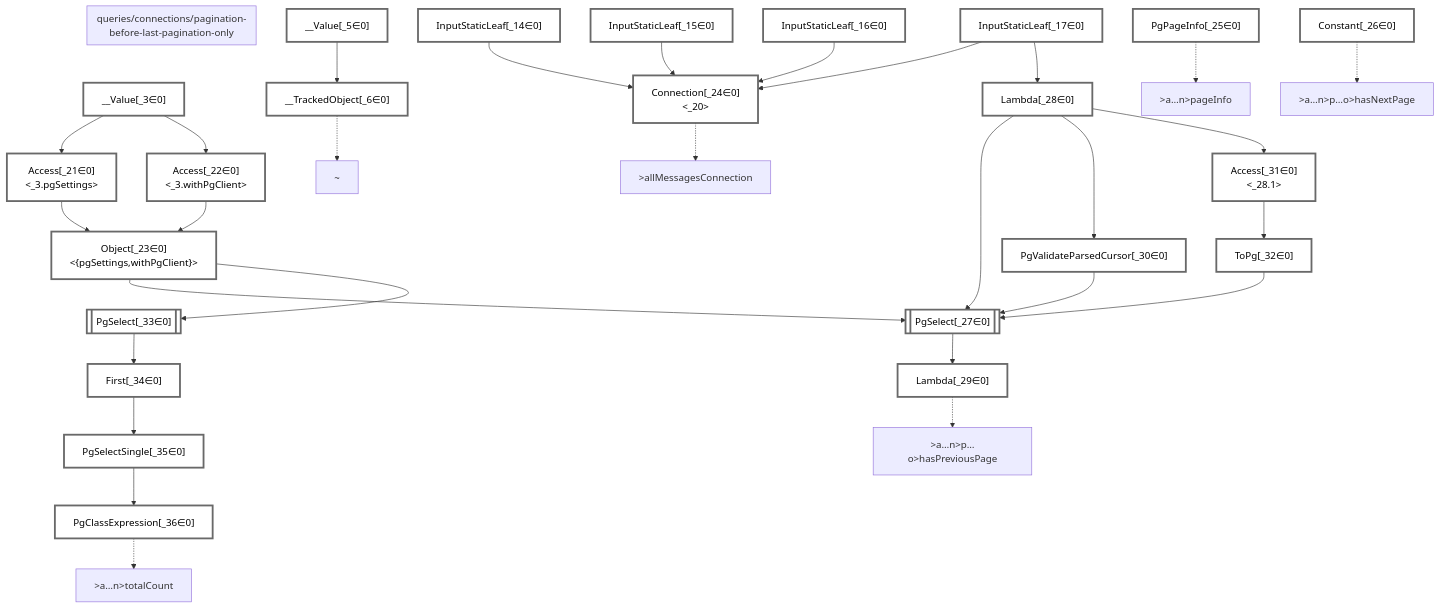
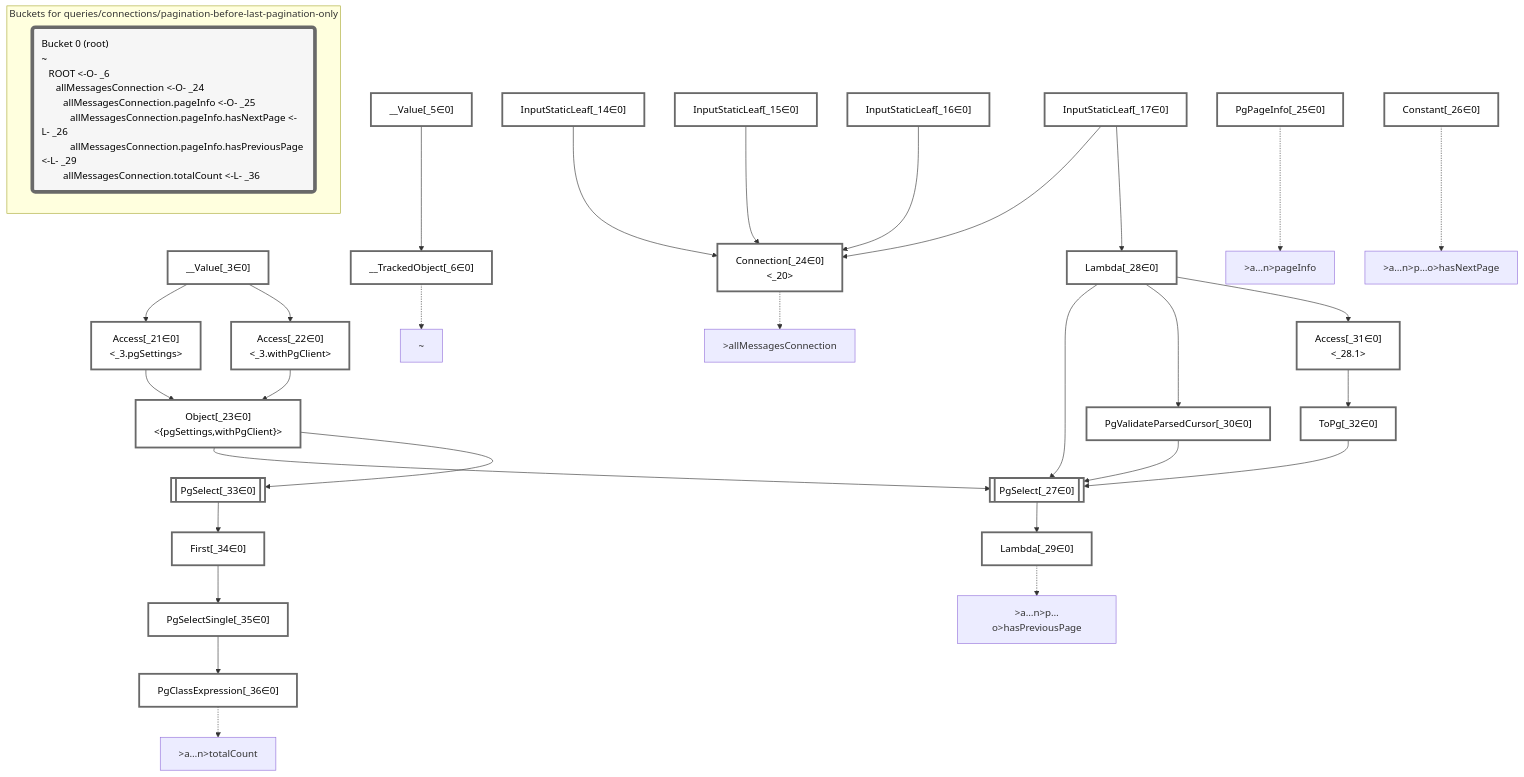
The diagram in packages/dataplan-pg/__tests__/queries/connections/pagination-before-last-pagination-only.deopt.mermaid.md (graphile/crystal), drawn with Mermaid before and after one commit. The commit also changed 37 other files, not shown here.

Commit message:
Buckets for all tests

````diff
--- a/packages/dataplan-pg/__tests__/queries/connections/pagination-before-last-pagination-only.deopt.mermaid.md
+++ b/packages/dataplan-pg/__tests__/queries/connections/pagination-before-last-pagination-only.deopt.mermaid.md
@@ -1,78 +1,81 @@
 ```mermaid
 graph TD
-    subgraph "queries/connections/pagination-before-last-pagination-only"
-    end
     classDef path fill:#eee,stroke:#000,color:#000
     classDef plan fill:#fff,stroke-width:3px,color:#000
     classDef itemplan fill:#fff,stroke-width:6px,color:#000
     classDef sideeffectplan fill:#f00,stroke-width:6px,color:#000
     classDef bucket fill:#f6f6f6,color:#000,stroke-width:6px,text-align:left
 
 
     %% define plans
     __Value_3["__Value[_3∈0]<br /><context>"]:::plan
     __Value_5["__Value[_5∈0]<br /><rootValue>"]:::plan
     __TrackedObject_6["__TrackedObject[_6∈0]"]:::plan
     InputStaticLeaf_14["InputStaticLeaf[_14∈0]"]:::plan
     InputStaticLeaf_15["InputStaticLeaf[_15∈0]"]:::plan
     InputStaticLeaf_16["InputStaticLeaf[_16∈0]"]:::plan
     InputStaticLeaf_17["InputStaticLeaf[_17∈0]"]:::plan
     Access_21["Access[_21∈0]<br /><_3.pgSettings>"]:::plan
     Access_22["Access[_22∈0]<br /><_3.withPgClient>"]:::plan
     Object_23["Object[_23∈0]<br /><{pgSettings,withPgClient}>"]:::plan
     Connection_24["Connection[_24∈0]<br /><_20>"]:::plan
     PgPageInfo_25["PgPageInfo[_25∈0]"]:::plan
     Constant_26["Constant[_26∈0]"]:::plan
     PgSelect_27[["PgSelect[_27∈0]<br /><messages>"]]:::plan
     Lambda_28["Lambda[_28∈0]<br /><parseCursor>"]:::plan
     Lambda_29["Lambda[_29∈0]<br /><listHasMore>"]:::plan
     PgValidateParsedCursor_30["PgValidateParsedCursor[_30∈0]"]:::plan
     Access_31["Access[_31∈0]<br /><_28.1>"]:::plan
     ToPg_32["ToPg[_32∈0]"]:::plan
     PgSelect_33[["PgSelect[_33∈0]<br /><messages>"]]:::plan
     First_34["First[_34∈0]"]:::plan
     PgSelectSingle_35["PgSelectSingle[_35∈0]<br /><messages>"]:::plan
     PgClassExpression_36["PgClassExpression[_36∈0]<br /><count(*)>"]:::plan
 
     %% plan dependencies
     __Value_5 --> __TrackedObject_6
     __Value_3 --> Access_21
     __Value_3 --> Access_22
     Access_21 --> Object_23
     Access_22 --> Object_23
     InputStaticLeaf_14 --> Connection_24
     InputStaticLeaf_15 --> Connection_24
     InputStaticLeaf_16 --> Connection_24
     InputStaticLeaf_17 --> Connection_24
     Object_23 --> PgSelect_27
     Lambda_28 --> PgSelect_27
     PgValidateParsedCursor_30 --> PgSelect_27
     ToPg_32 --> PgSelect_27
     InputStaticLeaf_17 --> Lambda_28
     PgSelect_27 --> Lambda_29
     Lambda_28 --> PgValidateParsedCursor_30
     Lambda_28 --> Access_31
     Access_31 --> ToPg_32
     Object_23 --> PgSelect_33
     PgSelect_33 --> First_34
     First_34 --> PgSelectSingle_35
     PgSelectSingle_35 --> PgClassExpression_36
 
     %% plan-to-path relationships
     P_6["~"]
     __TrackedObject_6 -.-> P_6
     P_24[">allMessagesConnection"]
     Connection_24 -.-> P_24
     P_25[">a…n>pageInfo"]
     PgPageInfo_25 -.-> P_25
     P_26[">a…n>p…o>hasNextPage"]
     Constant_26 -.-> P_26
     P_29[">a…n>p…o>hasPreviousPage"]
     Lambda_29 -.-> P_29
     P_36[">a…n>totalCount"]
     PgClassExpression_36 -.-> P_36
 
     %% allocate buckets
     classDef bucket0 stroke:#696969
     class __Value_3,__Value_5,__TrackedObject_6,InputStaticLeaf_14,InputStaticLeaf_15,InputStaticLeaf_16,InputStaticLeaf_17,Access_21,Access_22,Object_23,Connection_24,PgPageInfo_25,Constant_26,PgSelect_27,Lambda_28,Lambda_29,PgValidateParsedCursor_30,Access_31,ToPg_32,PgSelect_33,First_34,PgSelectSingle_35,PgClassExpression_36 bucket0
+
+    subgraph "Buckets for queries/connections/pagination-before-last-pagination-only"
+    Bucket0("Bucket 0 (root)<br />~<br />⠀ROOT <-O- _6<br />⠀⠀allMessagesConnection <-O- _24<br />⠀⠀⠀allMessagesConnection.pageInfo <-O- _25<br />⠀⠀⠀⠀allMessagesConnection.pageInfo.hasNextPage <-L- _26<br />⠀⠀⠀⠀allMessagesConnection.pageInfo.hasPreviousPage <-L- _29<br />⠀⠀⠀allMessagesConnection.totalCount <-L- _36"):::bucket
+    style Bucket0 stroke:#696969
+    end
 ```
````
